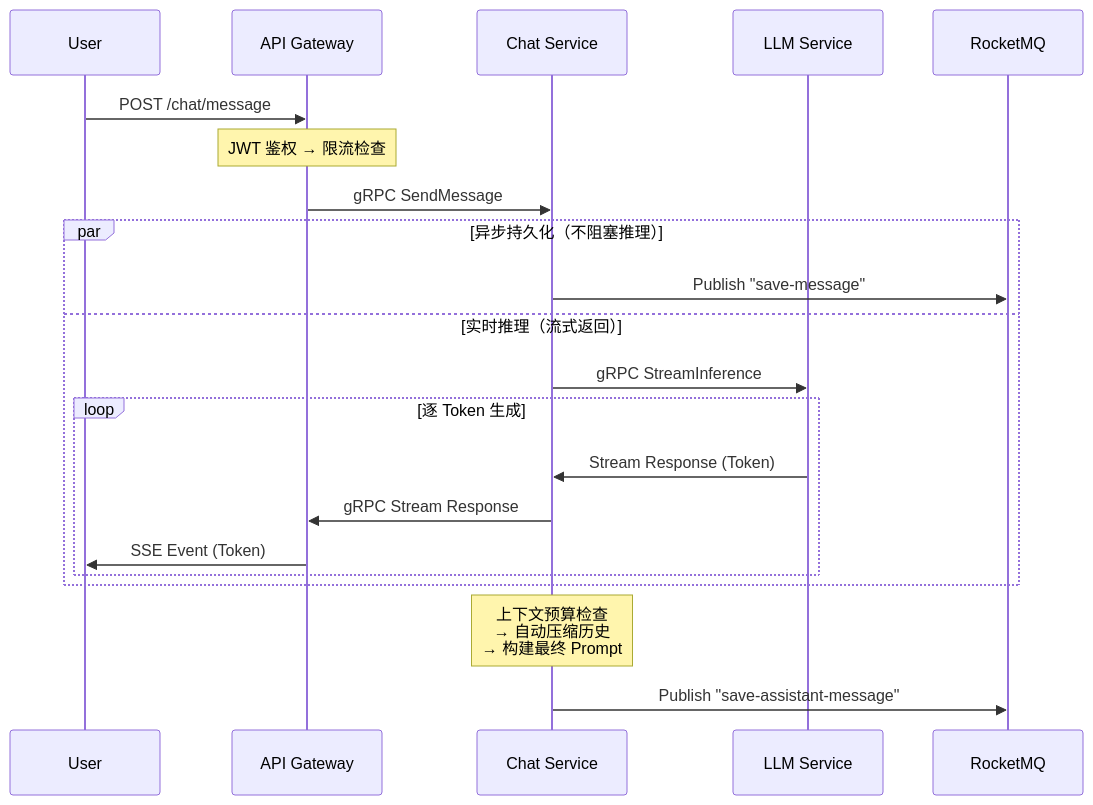
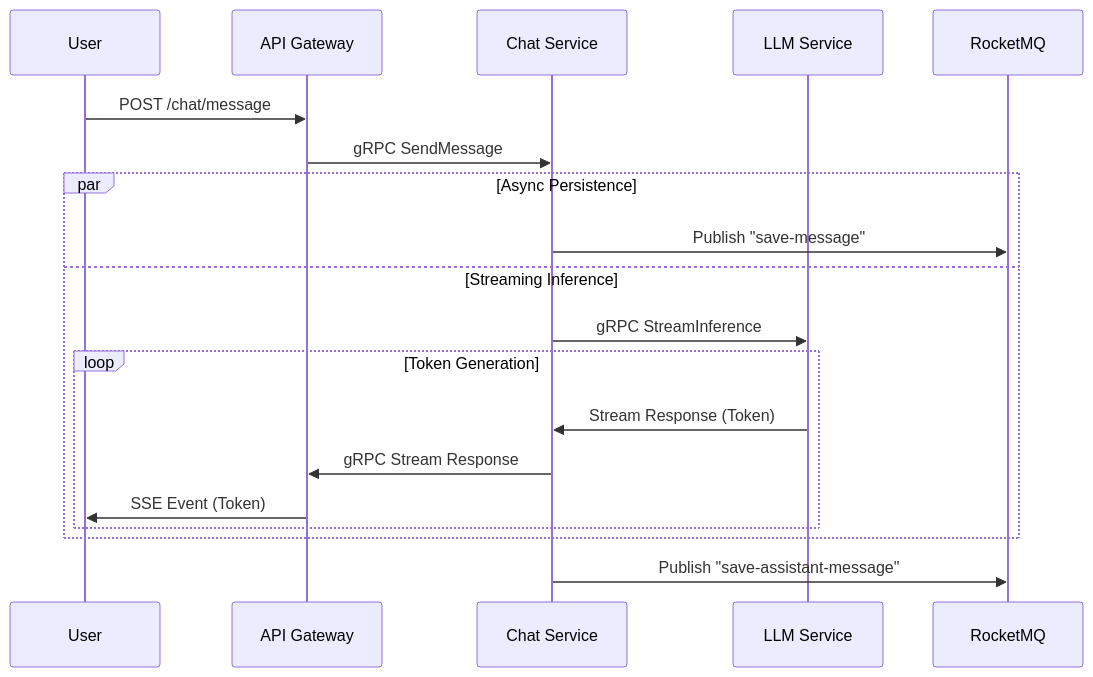
One commit to Einspanner123/free-chat changed the second of 2 diagrams in README.md. Above: the diagram before and after it, drawn with Mermaid. The commit also changed other lines of this file and 1 other file, not shown here.

````diff
--- a/README.md
+++ b/README.md
@@ -152,29 +58,25 @@
 ```mermaid
 sequenceDiagram
     participant U as User
     participant G as API Gateway
     participant C as Chat Service
     participant L as LLM Service
     participant M as RocketMQ
     
     U->>G: POST /chat/message
-    
-    Note over G: JWT 鉴权 → 限流检查
     G->>C: gRPC SendMessage
     
-    par 异步持久化（不阻塞推理）
+    par Async Persistence
         C->>M: Publish "save-message"
-    and 实时推理（流式返回）
+    and Streaming Inference
         C->>L: gRPC StreamInference
         
-        loop 逐 Token 生成
+        loop Token Generation
             L->>C: Stream Response (Token)
             C->>G: gRPC Stream Response
             G->>U: SSE Event (Token)
         end
     end
     
-    Note over C: 上下文预算检查<br/>→ 自动压缩历史<br/>→ 构建最终 Prompt
-    
     C->>M: Publish "save-assistant-message"
 ```
````
